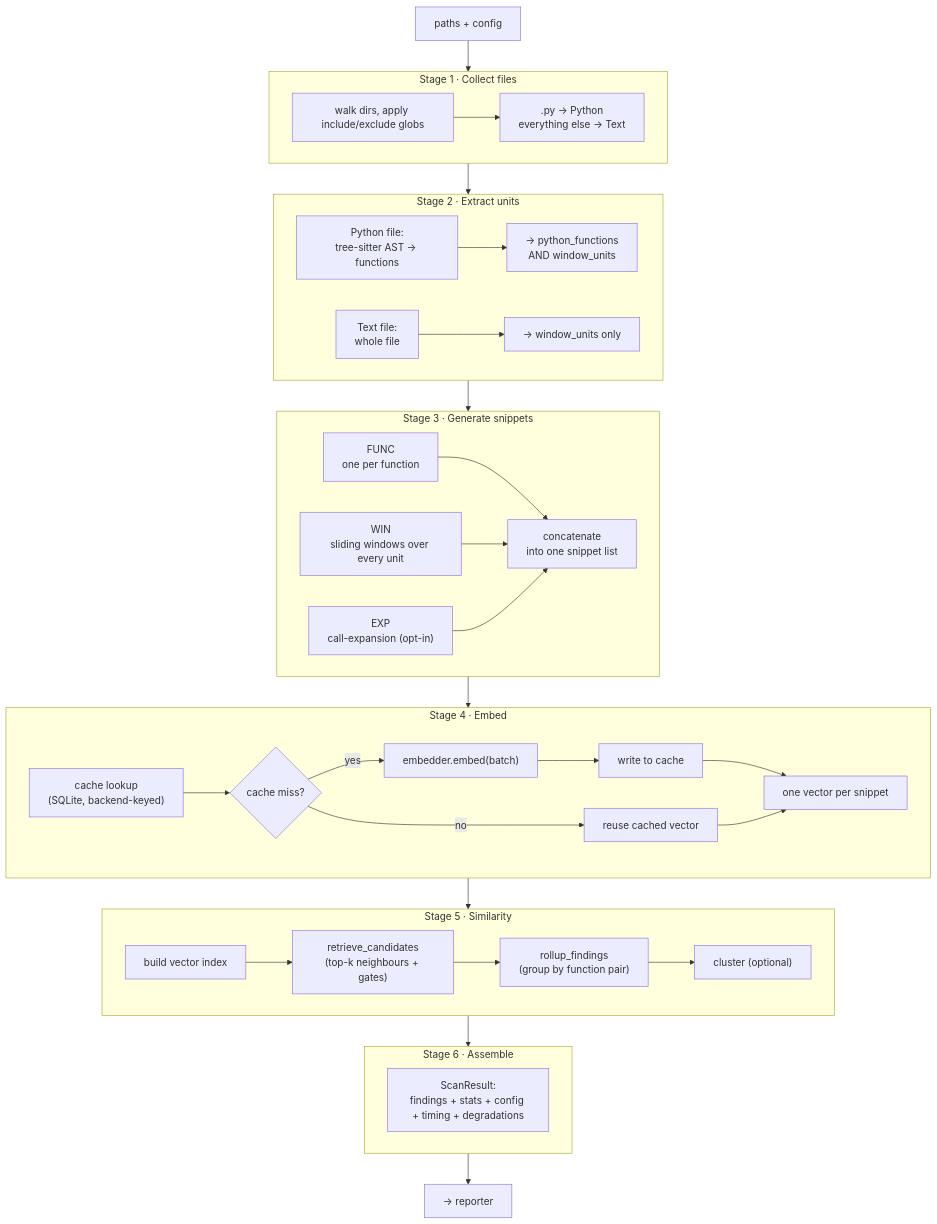
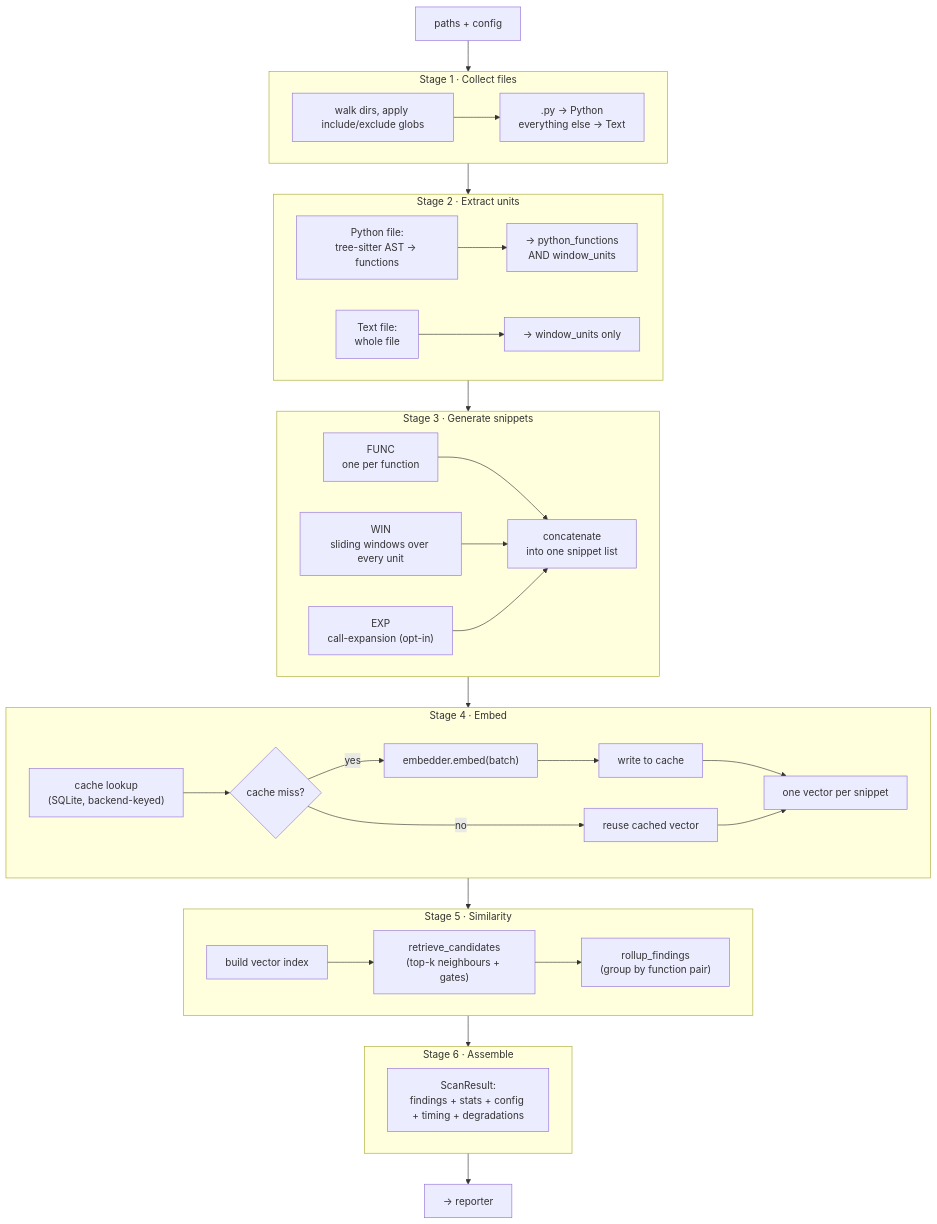
One commit to drogers0/clonehunter changed the diagram in docs/02-pipeline.md. Above: the diagram before and after it, drawn with Mermaid. The commit also changed other lines of this file and 29 other files, not shown here.

````diff
--- a/docs/02-pipeline.md
+++ b/docs/02-pipeline.md
@@ -8,49 +8,48 @@
 ```mermaid
 flowchart TD
     A["paths + config"] --> S1
 
     subgraph S1 ["Stage 1 · Collect files"]
         C1["walk dirs, apply include/exclude globs"] --> C2[".py → Python<br/>everything else → Text"]
     end
 
     S1 --> S2
 
     subgraph S2 ["Stage 2 · Extract units"]
         P["Python file:<br/>tree-sitter AST → functions"] --> PU["→ python_functions<br/>AND window_units"]
         T["Text file:<br/>whole file"] --> TU["→ window_units only"]
     end
 
     S2 --> S3
 
     subgraph S3 ["Stage 3 · Generate snippets"]
         F["FUNC<br/>one per function"] --> CAT["concatenate<br/>into one snippet list"]
         W["WIN<br/>sliding windows over every unit"] --> CAT
         E["EXP<br/>call-expansion (opt-in)"] --> CAT
     end
 
     S3 --> S4
 
     subgraph S4 ["Stage 4 · Embed"]
         CK["cache lookup<br/>(SQLite, backend-keyed)"] --> MISS{"cache miss?"}
         MISS -->|yes| EMB["embedder.embed(batch)"] --> WR["write to cache"]
         MISS -->|no| HIT["reuse cached vector"]
         WR --> VEC["one vector per snippet"]
         HIT --> VEC
     end
 
     S4 --> S5
 
     subgraph S5 ["Stage 5 · Similarity"]
         BLD["build vector index"] --> RET["retrieve_candidates<br/>(top-k neighbours + gates)"]
         RET --> ROL["rollup_findings<br/>(group by function pair)"]
-        ROL --> CLU["cluster (optional)"]
     end
 
     S5 --> S6
 
     subgraph S6 ["Stage 6 · Assemble"]
         RES["ScanResult:<br/>findings + stats + config + timing + degradations"]
     end
 
     S6 --> OUT["→ reporter"]
 ```
````
